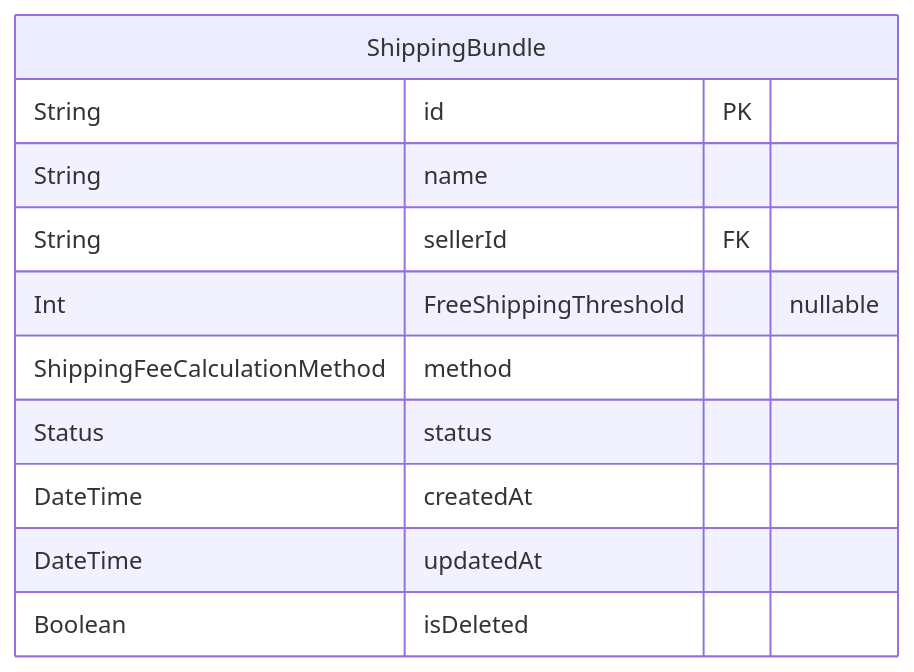
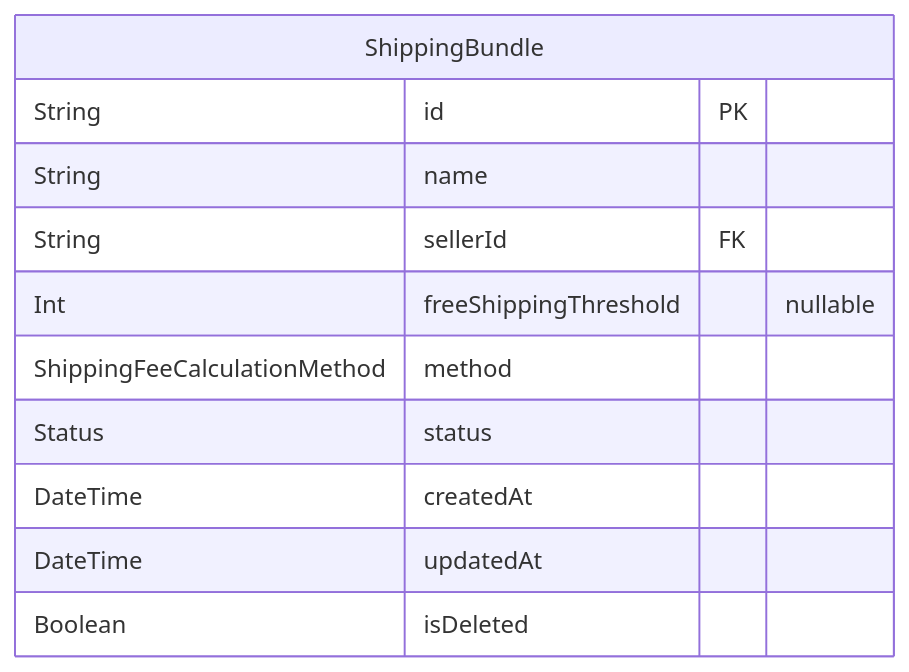
One commit to kakasoo/nestia-commerce changed the first of 4 diagrams in prisma/ERD.md. Above: the diagram before and after it, drawn with Mermaid. The commit also changed other lines of this file and 1 other file, not shown here.

Commit message:
fix : make `FreeShippingThreshold` column camelCase

````diff
--- a/prisma/ERD.md
+++ b/prisma/ERD.md
@@ -10,14 +10,14 @@
 ```mermaid
 erDiagram
 "ShippingBundle" {
   String id PK
   String name
   String sellerId FK
-  Int FreeShippingThreshold "nullable"
+  Int freeShippingThreshold "nullable"
   ShippingFeeCalculationMethod method
   Status status
   DateTime createdAt
   DateTime updatedAt
   Boolean isDeleted
 }
 ```
````
